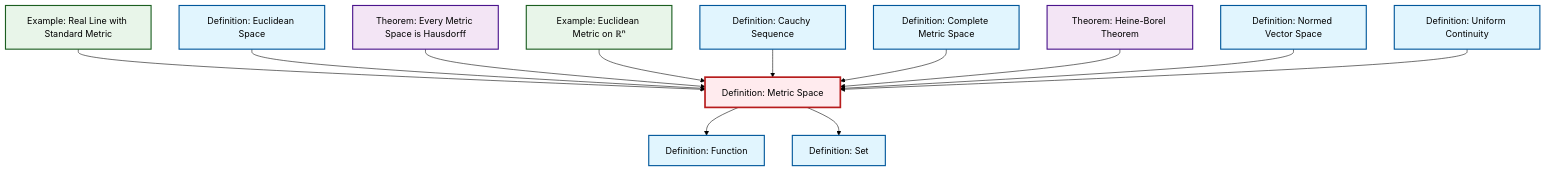
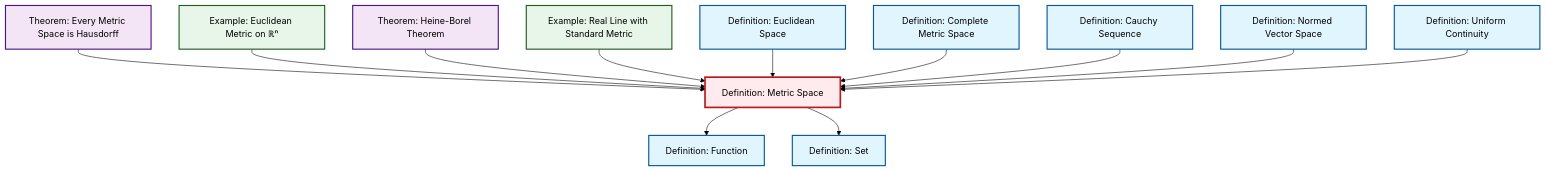
One commit to RK0429/ModernMath changed the diagram in content/en/analysis/def-metric-space.qmd. Above: the diagram before and after it, drawn with Mermaid (forest theme). The commit also changed other lines of this file and 654 other files, not shown here.

````diff
--- a/content/en/analysis/def-metric-space.qmd
+++ b/content/en/analysis/def-metric-space.qmd
@@ -51,44 +53,44 @@
 ```{mermaid}
 %%| fig-cap: "Local dependency graph"
 graph TD
     classDef definition fill:#e1f5fe,stroke:#01579b,stroke-width:2px
     classDef theorem fill:#f3e5f5,stroke:#4a148c,stroke-width:2px
     classDef axiom fill:#fff3e0,stroke:#e65100,stroke-width:2px
     classDef example fill:#e8f5e9,stroke:#1b5e20,stroke-width:2px
     classDef current fill:#ffebee,stroke:#b71c1c,stroke-width:3px
     def-euclidean-space["Definition: Euclidean Space"]:::definition
-    thm-metric-hausdorff["Theorem: Every Metric Space is Hausdorff"]:::theorem
-    ex-real-line-metric["Example: Real Line with Standard Metric"]:::example
-    thm-heine-borel["Theorem: Heine-Borel Theorem"]:::theorem
-    def-cauchy-sequence["Definition: Cauchy Sequence"]:::definition
-    def-function["Definition: Function"]:::definition
+    def-set["Definition: Set"]:::definition
     def-metric-space["Definition: Metric Space"]:::definition
-    def-uniform-continuity["Definition: Uniform Continuity"]:::definition
-    def-complete-metric-space["Definition: Complete Metric Space"]:::definition
-    def-set["Definition: Set"]:::definition
     ex-euclidean-metric["Example: Euclidean Metric on ℝⁿ"]:::example
     def-normed-vector-space["Definition: Normed Vector Space"]:::definition
+    def-cauchy-sequence["Definition: Cauchy Sequence"]:::definition
+    def-complete-metric-space["Definition: Complete Metric Space"]:::definition
+    thm-heine-borel["Theorem: Heine-Borel Theorem"]:::theorem
+    def-function["Definition: Function"]:::definition
+    ex-real-line-metric["Example: Real Line with Standard Metric"]:::example
+    thm-metric-hausdorff["Theorem: Every Metric Space is Hausdorff"]:::theorem
+    def-uniform-continuity["Definition: Uniform Continuity"]:::definition
+    thm-metric-hausdorff --> def-metric-space
+    ex-euclidean-metric --> def-metric-space
+    thm-heine-borel --> def-metric-space
     def-metric-space --> def-function
     ex-real-line-metric --> def-metric-space
+    def-metric-space --> def-set
     def-euclidean-space --> def-metric-space
-    thm-metric-hausdorff --> def-metric-space
-    ex-euclidean-metric --> def-metric-space
+    def-complete-metric-space --> def-metric-space
     def-cauchy-sequence --> def-metric-space
-    def-complete-metric-space --> def-metric-space
-    thm-heine-borel --> def-metric-space
     def-normed-vector-space --> def-metric-space
-    def-metric-space --> def-set
     def-uniform-continuity --> def-metric-space
     class def-metric-space current
     click def-euclidean-space "def-euclidean-space.html" "Go to Euclidean Space definition"
-    click thm-metric-hausdorff "thm-metric-hausdorff.html" "Go to Every Metric Space is Hausdorff theorem"
-    click ex-real-line-metric "ex-real-line-metric.html" "Go to Real Line with Standard Metric example"
-    click thm-heine-borel "thm-heine-borel.html" "Go to Heine-Borel Theorem theorem"
-    click def-cauchy-sequence "def-cauchy-sequence.html" "Go to Cauchy Sequence definition"
-    click def-function "def-function.html" "Go to Function definition"
-    click def-uniform-continuity "def-uniform-continuity.html" "Go to Uniform Continuity definition"
-    click def-complete-metric-space "def-complete-metric-space.html" "Go to Complete Metric Space definition"
     click def-set "def-set.html" "Go to Set definition"
     click ex-euclidean-metric "ex-euclidean-metric.html" "Go to Euclidean Metric on ℝⁿ example"
     click def-normed-vector-space "def-normed-vector-space.html" "Go to Normed Vector Space definition"
+    click def-cauchy-sequence "def-cauchy-sequence.html" "Go to Cauchy Sequence definition"
+    click def-complete-metric-space "def-complete-metric-space.html" "Go to Complete Metric Space definition"
+    click thm-heine-borel "thm-heine-borel.html" "Go to Heine-Borel Theorem theorem"
+    click def-function "def-function.html" "Go to Function definition"
+    click ex-real-line-metric "ex-real-line-metric.html" "Go to Real Line with Standard Metric example"
+    click thm-metric-hausdorff "thm-metric-hausdorff.html" "Go to Every Metric Space is Hausdorff theorem"
+    click def-uniform-continuity "def-uniform-continuity.html" "Go to Uniform Continuity definition"
 ```
````
